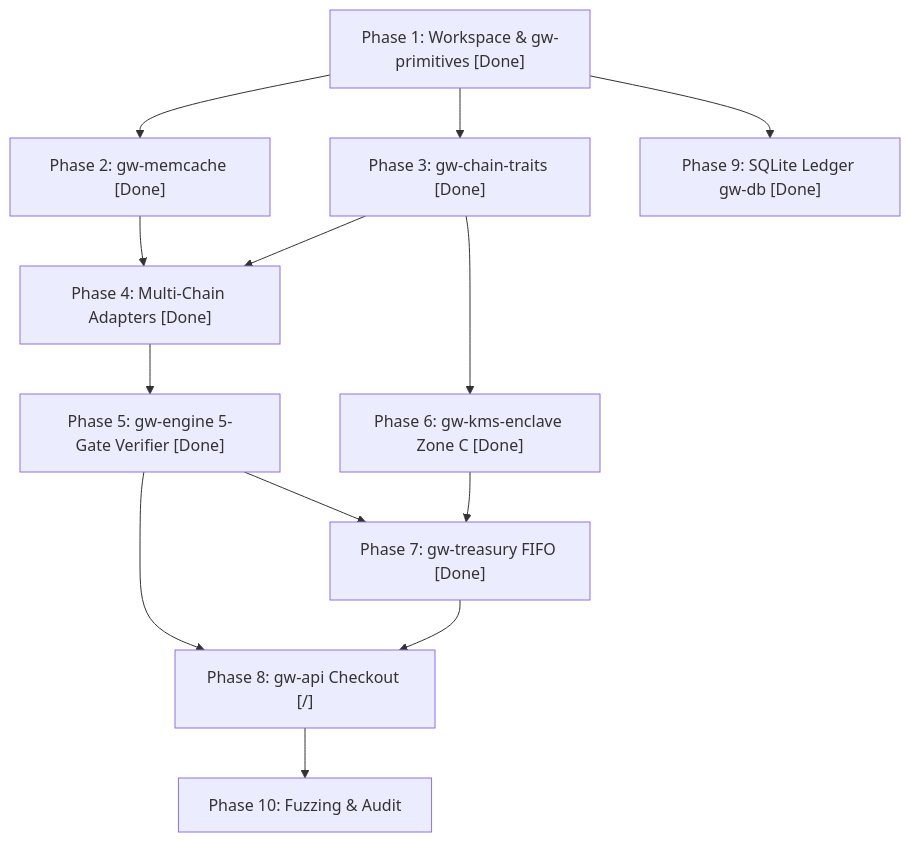
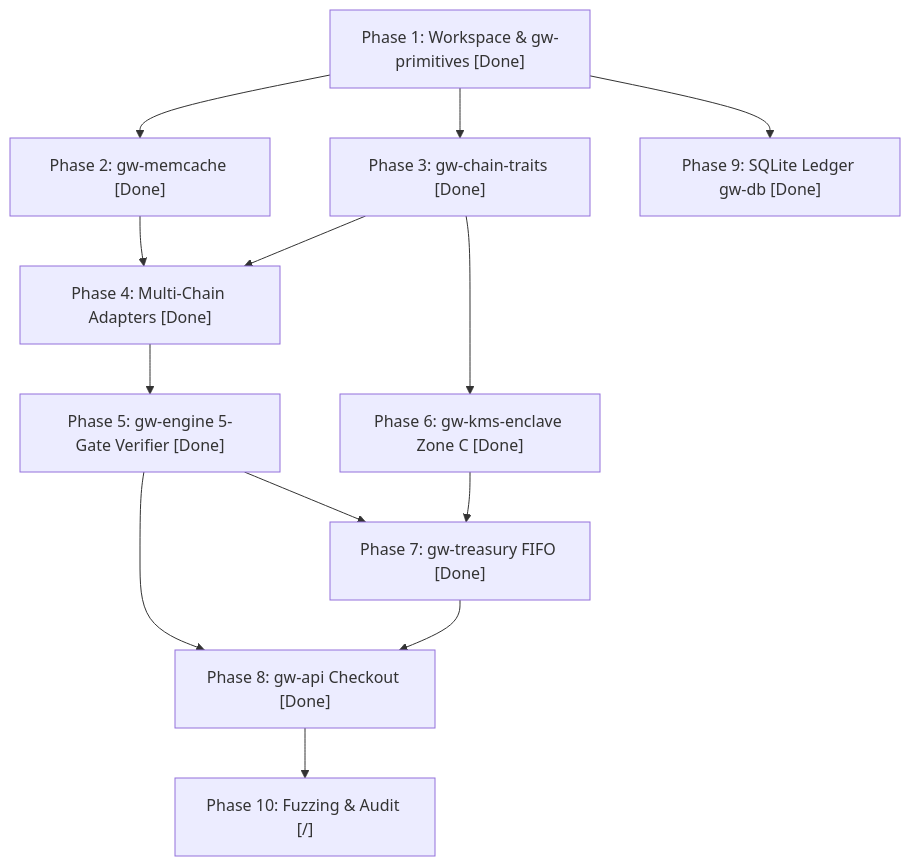
One commit to Kurisuma/gateway-crypto changed the diagram in tasks.md. Above: the diagram before and after it, drawn with Mermaid. The commit also changed other lines of this file and 5 other files, not shown here.

Commit message:
feat: implement Phase 8 Zone A Axum checkout and treasury dashboard REST/WS API (gw-api)

````diff
--- a/tasks.md
+++ b/tasks.md
@@ -326,15 +327,15 @@
 ```mermaid
 flowchart TD
     P1["Phase 1: Workspace & gw-primitives [Done]"] --> P2["Phase 2: gw-memcache [Done]"]
     P1 --> P3["Phase 3: gw-chain-traits [Done]"]
     P1 --> P9["Phase 9: SQLite Ledger gw-db [Done]"]
     P2 --> P4["Phase 4: Multi-Chain Adapters [Done]"]
     P3 --> P4
     P4 --> P5["Phase 5: gw-engine 5-Gate Verifier [Done]"]
     P3 --> P6["Phase 6: gw-kms-enclave Zone C [Done]"]
     P5 --> P7["Phase 7: gw-treasury FIFO [Done]"]
     P6 --> P7
-    P5 --> P8["Phase 8: gw-api Checkout [/]"]
+    P5 --> P8["Phase 8: gw-api Checkout [Done]"]
     P7 --> P8
-    P8 --> P10["Phase 10: Fuzzing & Audit"]
+    P8 --> P10["Phase 10: Fuzzing & Audit [/]"]
 ```
````
